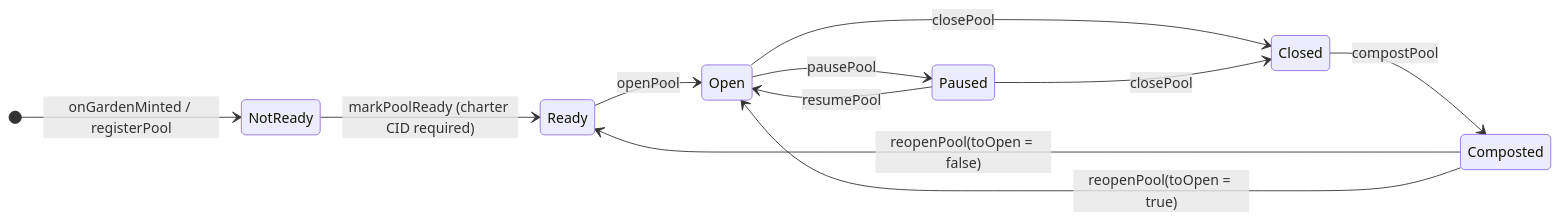
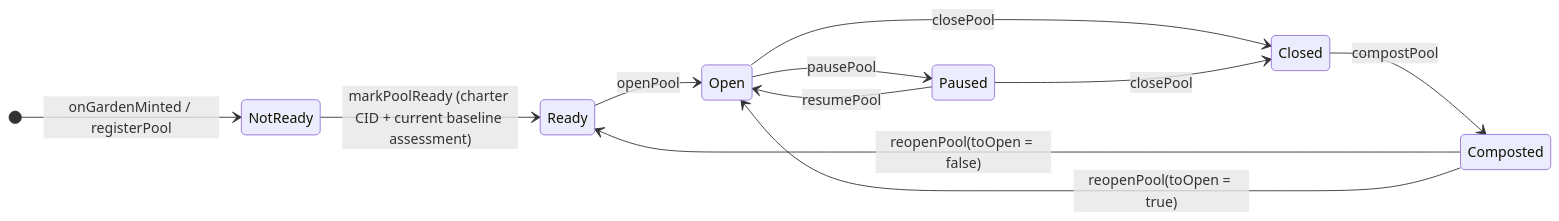
The fifth of 18 diagrams in .plans/active/commitment-pooling/diagrams.md (greenpill-dev-guild/green-goods), drawn with Mermaid before and after one commit. The commit also changed other lines of this file and 20 other files, not shown here.

````diff
--- a/.plans/active/commitment-pooling/diagrams.md
+++ b/.plans/active/commitment-pooling/diagrams.md
@@ -259,14 +289,14 @@
 ```mermaid
 stateDiagram-v2
   direction LR
   [*] --> NotReady : onGardenMinted / registerPool
-  NotReady --> Ready : markPoolReady (charter CID required)
+  NotReady --> Ready : markPoolReady (charter CID + current baseline assessment)
   Ready --> Open : openPool
   Open --> Paused : pausePool
   Paused --> Open : resumePool
   Open --> Closed : closePool
   Paused --> Closed : closePool
   Closed --> Composted : compostPool
   Composted --> Ready : reopenPool(toOpen = false)
   Composted --> Open : reopenPool(toOpen = true)
 ```
````
